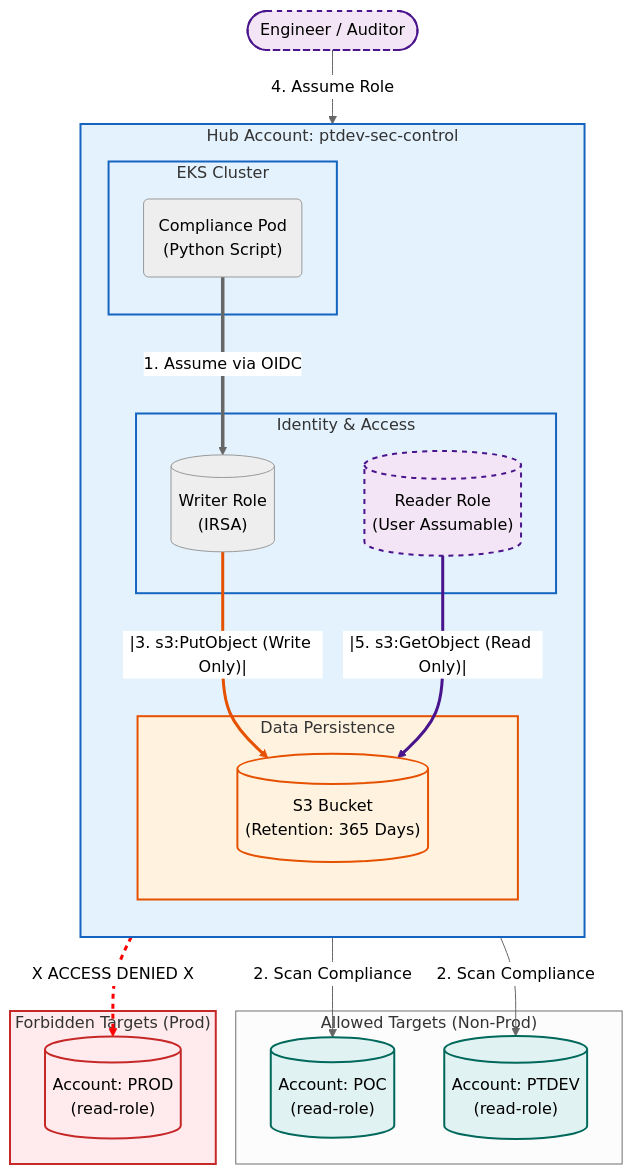
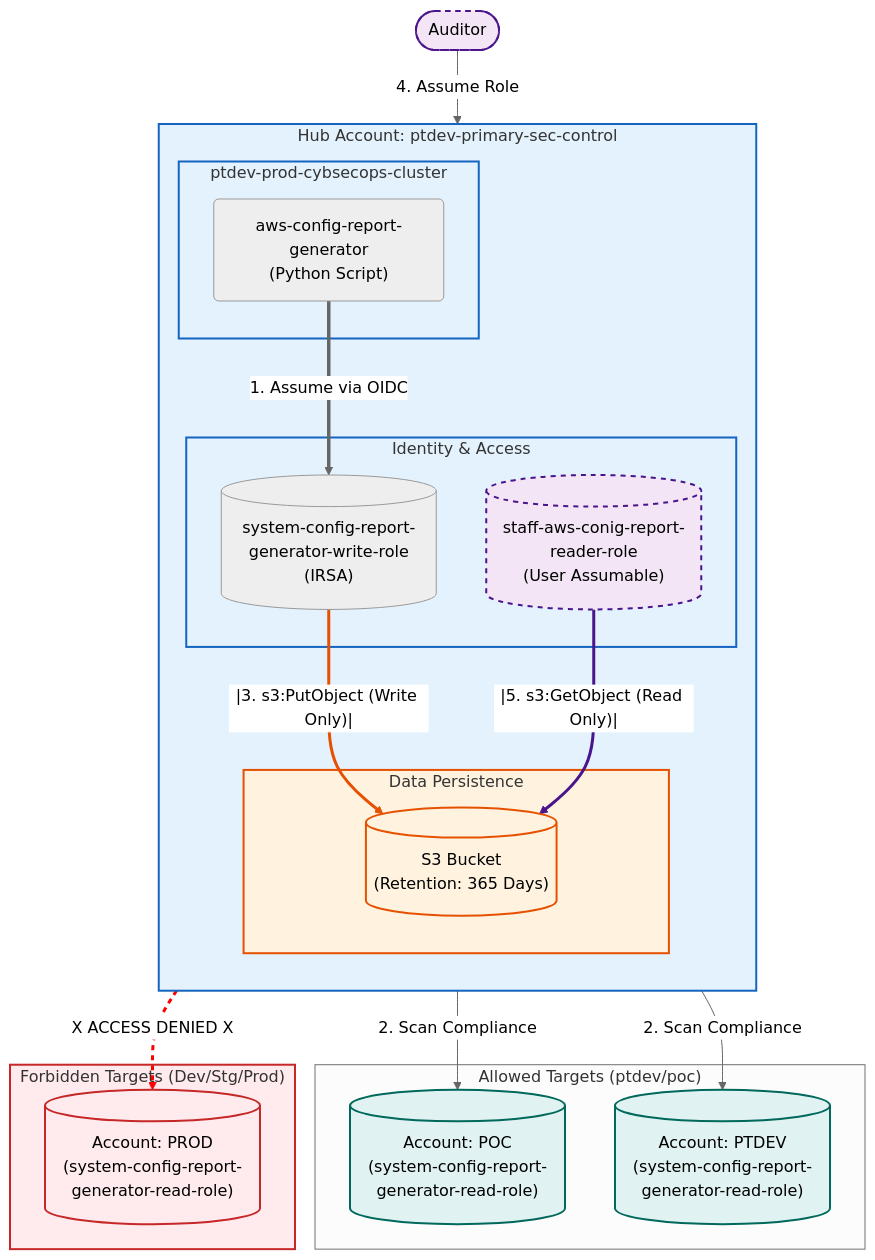
The diagram in runbook.md (andy145155/shared), drawn with Mermaid (neutral theme) before and after one commit. The commit also changed other lines of this file, not shown here.

````diff
--- a/runbook.md
+++ b/runbook.md
@@ -51,64 +1,64 @@
 ```mermaid
 flowchart TD
     %% Define Styles
     classDef hub fill:#e3f2fd,stroke:#1565c0,stroke-width:2px;
     classDef spoke fill:#e0f2f1,stroke:#00695c,stroke-width:2px;
     classDef forbidden fill:#ffebee,stroke:#c62828,stroke-width:2px;
     classDef storage fill:#fff3e0,stroke:#e65100,stroke-width:2px;
     classDef user fill:#f3e5f5,stroke:#4a148c,stroke-width:2px,stroke-dasharray: 5 5;
 
-    subgraph PTDEV_Hub ["Hub Account: ptdev-sec-control"]
+    subgraph PTDEV_Hub ["Hub Account: ptdev-primary-sec-control"]
         direction TB
         
-        subgraph K8s ["EKS Cluster"]
-            Pod("Compliance Pod\n(Python Script)")
+        subgraph K8s ["ptdev-prod-cybsecops-cluster"]
+            CronJob("aws-config-report-generator<br>(Python Script)")
         end
 
         subgraph IAM ["Identity & Access"]
-            WriterRole[("Writer Role\n(IRSA)")]
-            ReaderRole[("Reader Role\n(User Assumable)")]
+            WriterRole[("system-config-report-generator-write-role<br>(IRSA)")]
+            ReaderRole[("staff-aws-conig-report-reader-role<br>(User Assumable)")]
         end
 
         subgraph Data_Layer ["Data Persistence"]
-            S3[("S3 Bucket\n(Retention: 365 Days)")]
+            S3[("S3 Bucket<br>(Retention: 365 Days)")]
         end
     end
 
-    subgraph Targets_Allowed ["Allowed Targets (Non-Prod)"]
-        PocSpoke[("Account: POC\n(read-role)")]
-        PtdevSpoke[("Account: PTDEV\n(read-role)")]
+    subgraph Targets_Allowed ["Allowed Targets (ptdev/poc)"]
+        PocSpoke[("Account: POC<br>(system-config-report-generator-read-role)")]
+        PtdevSpoke[("Account: PTDEV<br>(system-config-report-generator-read-role)")]
     end
 
-    subgraph Targets_Blocked ["Forbidden Targets (Prod)"]
-        ProdSpoke[("Account: PROD\n(read-role)")]
+    subgraph Targets_Blocked ["Forbidden Targets (Dev/Stg/Prod)"]
+        ProdSpoke[("Account: PROD<br>(system-config-report-generator-read-role)")]
     end
 
-    User(["Engineer / Auditor"])
+    User(["Auditor"])
 
     %% --- EXECUTION FLOW ---
-    Pod ==>|1. Assume via OIDC| WriterRole
+    CronJob ==>|1. Assume via OIDC| WriterRole
     
     %% Audit Flow (Isolation)
     WriterRole -->|2. Scan Compliance| PocSpoke
     WriterRole -->|2. Scan Compliance| PtdevSpoke
     WriterRole -.->|X ACCESS DENIED X| ProdSpoke
 
     %% --- S3 WRITE OPERATION ---
     WriterRole == "|3. s3:PutObject (Write Only)|" ==> S3
 
     %% --- S3 READ OPERATION ---
     User -->|4. Assume Role| ReaderRole
     ReaderRole == "|5. s3:GetObject (Read Only)|" ==> S3
 
     %% Styling
     class PTDEV_Hub,K8s,IAM hub;
     class PocSpoke,PtdevSpoke spoke;
     class ProdSpoke,Targets_Blocked forbidden;
     class S3,Data_Layer storage;
     class User,ReaderRole user;
     
     %% Link Styles for Emphasis
     linkStyle 3 stroke:#ff0000,stroke-width:3px,stroke-dasharray: 5 5; 
     linkStyle 4 stroke:#e65100,stroke-width:3px; 
     linkStyle 6 stroke:#4a148c,stroke-width:3px;
 ```
````
